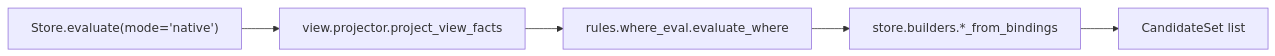
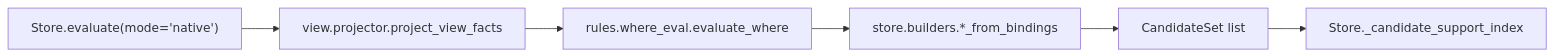
Before and after one commit to Symbolic-Intelligence-Org/factgraph: the second of 4 diagrams in src/factpy_kernel/core/docs/01_architecture.en.md, drawn with Mermaid. The commit also changed other lines of this file and 55 other files, not shown here.

````diff
--- a/src/factpy_kernel/core/docs/01_architecture.en.md
+++ b/src/factpy_kernel/core/docs/01_architecture.en.md
@@ -98,7 +106,8 @@
 ```mermaid
 flowchart LR
   A["Store.evaluate(mode='native')"] --> B["view.projector.project_view_facts"]
   B --> C["rules.where_eval.evaluate_where"]
   C --> D["store.builders.*_from_bindings"]
   D --> E["CandidateSet list"]
+  E --> F["Store._candidate_support_index"]
 ```
````
